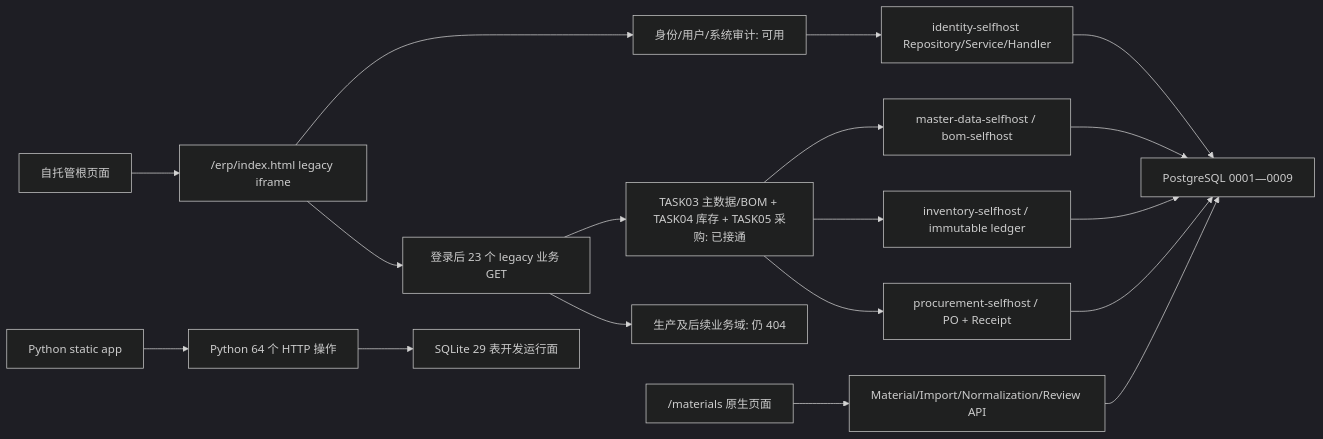
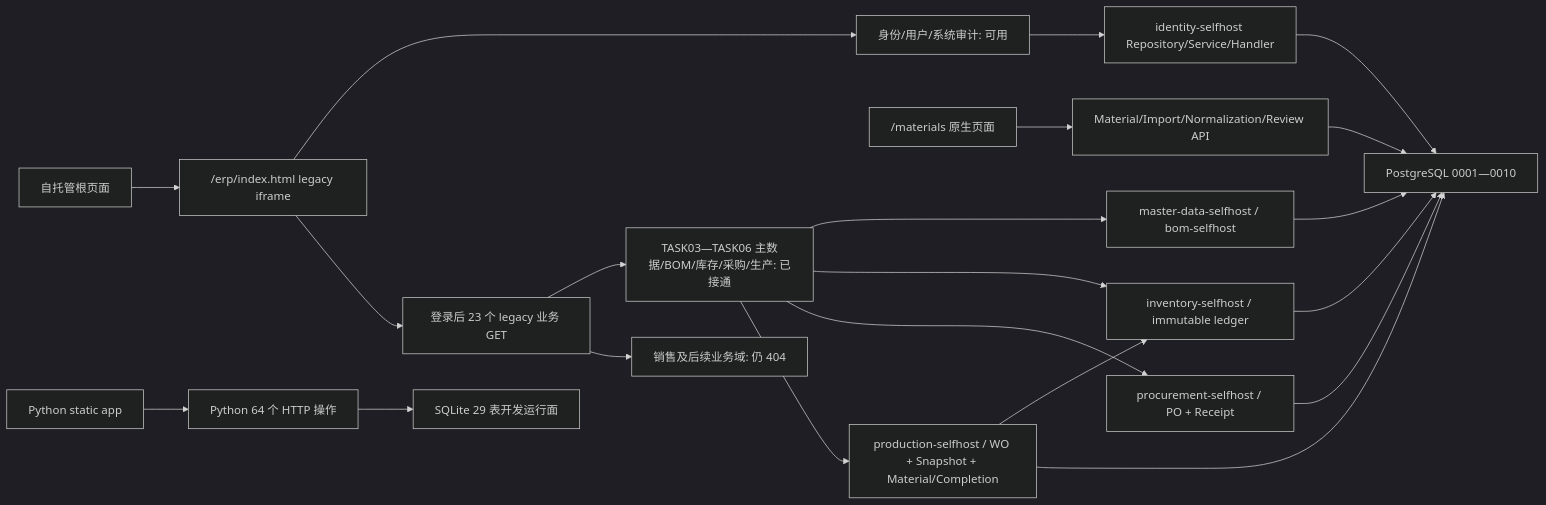
One commit to 3443176848/chenyida changed the first of 7 diagrams in docs/project/ARCHITECTURE.md. Above: the diagram before and after it, drawn with Mermaid (dark theme). The commit also changed other lines of this file and 37 other files, not shown here.

````diff
--- a/docs/project/ARCHITECTURE.md
+++ b/docs/project/ARCHITECTURE.md
@@ -9,22 +9,25 @@
 ```mermaid
 flowchart LR
     ROOT["自托管根页面"] --> IFRAME["/erp/index.html legacy iframe"]
     IFRAME --> AUTH["身份/用户/系统审计: 可用"]
     IFRAME --> BATCH["登录后 23 个 legacy 业务 GET"]
-    BATCH --> M5["TASK03 主数据/BOM + TASK04 库存 + TASK05 采购: 已接通"]
-    BATCH --> NF["生产及后续业务域: 仍 404"]
+    BATCH --> M6["TASK03—TASK06 主数据/BOM/库存/采购/生产: 已接通"]
+    BATCH --> NF["销售及后续业务域: 仍 404"]
 
     NATIVE["/materials 原生页面"] --> MM["Material/Import/Normalization/Review API"]
     AUTH --> ID["identity-selfhost Repository/Service/Handler"]
-    ID --> PG["PostgreSQL 0001—0009"]
+    ID --> PG["PostgreSQL 0001—0010"]
     MM --> PG
-    M5 --> MDB["master-data-selfhost / bom-selfhost"]
+    M6 --> MDB["master-data-selfhost / bom-selfhost"]
     MDB --> PG
-    M5 --> INV["inventory-selfhost / immutable ledger"]
+    M6 --> INV["inventory-selfhost / immutable ledger"]
     INV --> PG
-    M5 --> PROC["procurement-selfhost / PO + Receipt"]
+    M6 --> PROC["procurement-selfhost / PO + Receipt"]
     PROC --> PG
+    M6 --> PROD["production-selfhost / WO + Snapshot + Material/Completion"]
+    PROD --> INV
+    PROD --> PG
 
     PYUI["Python static app"] --> PYAPI["Python 64 个 HTTP 操作"]
     PYAPI --> SQLITE["SQLite 29 表开发运行面"]
 ```
````
